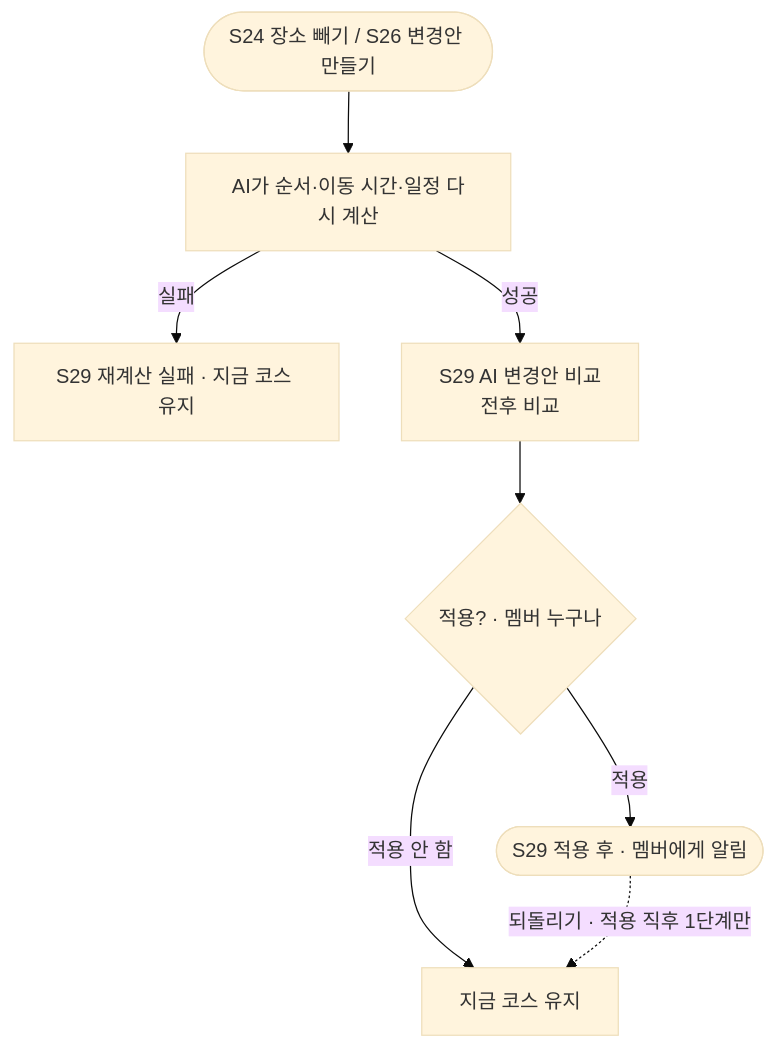
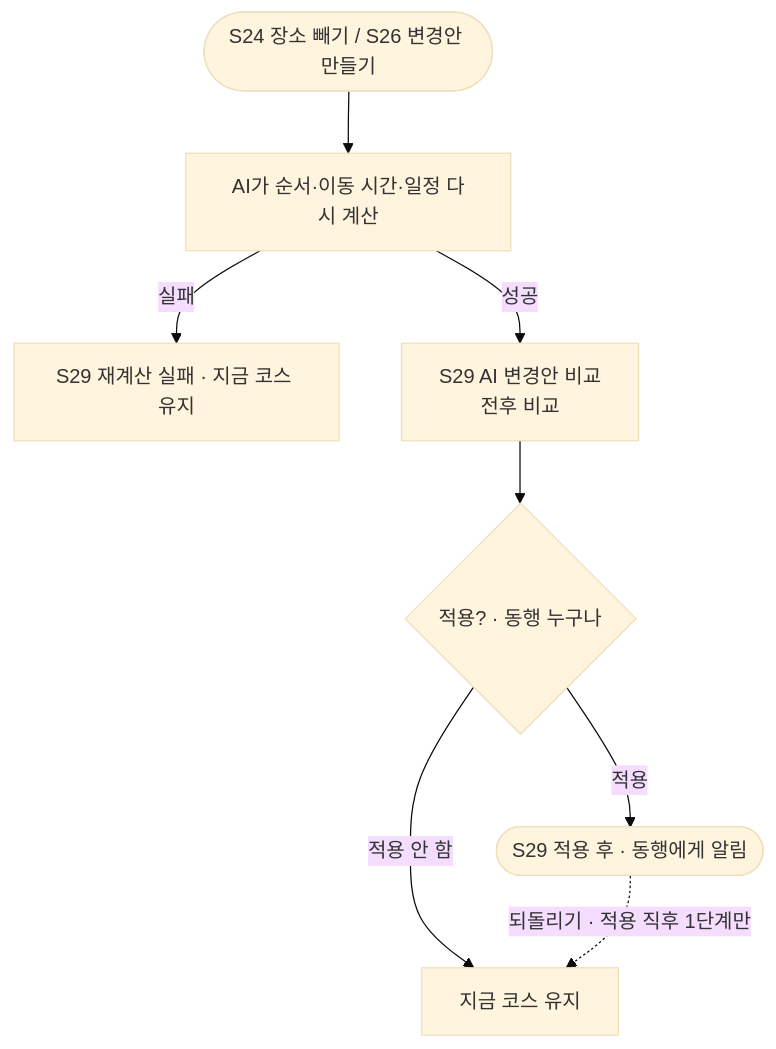
Before and after one commit to a204-eodilog/eodilog: diagram 16 of 24 in docs/flow/user-flow.md, drawn with Mermaid (base theme). The commit also changed other lines of this file and 1 other file, not shown here.

````diff
--- a/docs/flow/user-flow.md
+++ b/docs/flow/user-flow.md
@@ -387,10 +397,10 @@
 ```mermaid
 flowchart TD
     X(["S24 장소 빼기 / S26 변경안 만들기"]) --> RC["AI가 순서·이동 시간·일정 다시 계산"]
     RC -- "실패" --> KP["S29 재계산 실패 · 지금 코스 유지"]
     RC -- "성공" --> CMP["S29 AI 변경안 비교<br/>전후 비교"]
-    CMP --> AP{"적용? · 멤버 누구나"}
+    CMP --> AP{"적용? · 동행 누구나"}
     AP -- "적용 안 함" --> KP2["지금 코스 유지"]
-    AP -- "적용" --> NEW(["S29 적용 후 · 멤버에게 알림"])
+    AP -- "적용" --> NEW(["S29 적용 후 · 동행에게 알림"])
     NEW -. "되돌리기 · 적용 직후 1단계만" .-> KP2
 ```
````
